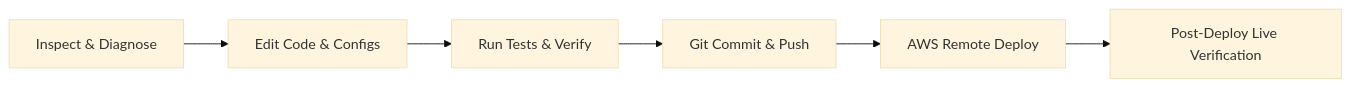
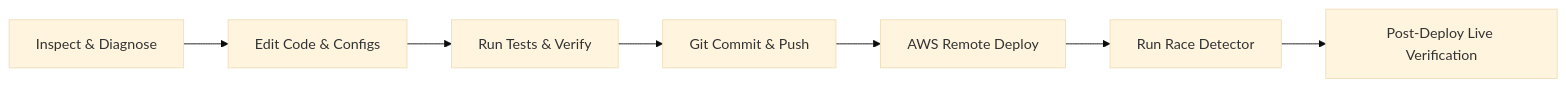
Before and after one commit to vikash-chandra/zt: the first of 2 diagrams in .agents/skills/autonomy-protocol/SKILL.md, drawn with Mermaid (base theme). The commit also changed other lines of this file and 4 other files, not shown here.

Commit message:
docs: codify mandatory Go race detector on new commit deployments and update skills

````diff
--- a/.agents/skills/autonomy-protocol/SKILL.md
+++ b/.agents/skills/autonomy-protocol/SKILL.md
@@ -16,8 +16,9 @@
 ```mermaid
 flowchart LR
     A[Inspect & Diagnose] --> B[Edit Code & Configs]
     B --> C[Run Tests & Verify]
     C --> D[Git Commit & Push]
     D --> E[AWS Remote Deploy]
-    E --> F[Post-Deploy Live Verification]
+    E --> F[Run Race Detector]
+    F --> G[Post-Deploy Live Verification]
 ```
````
